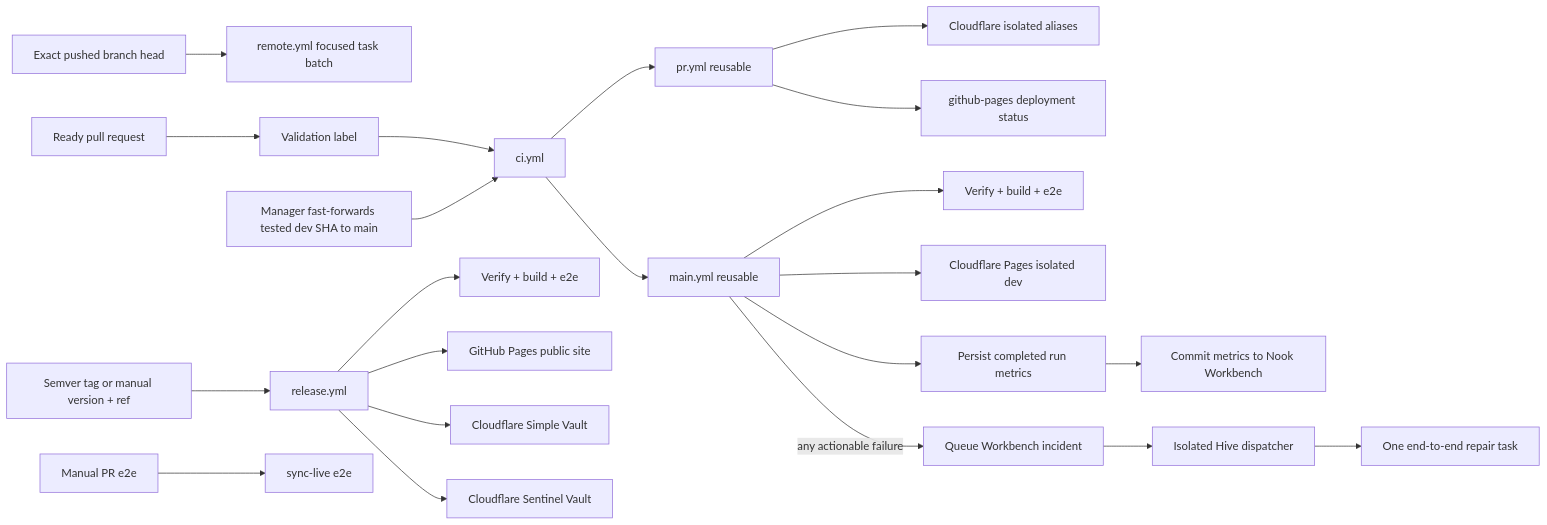
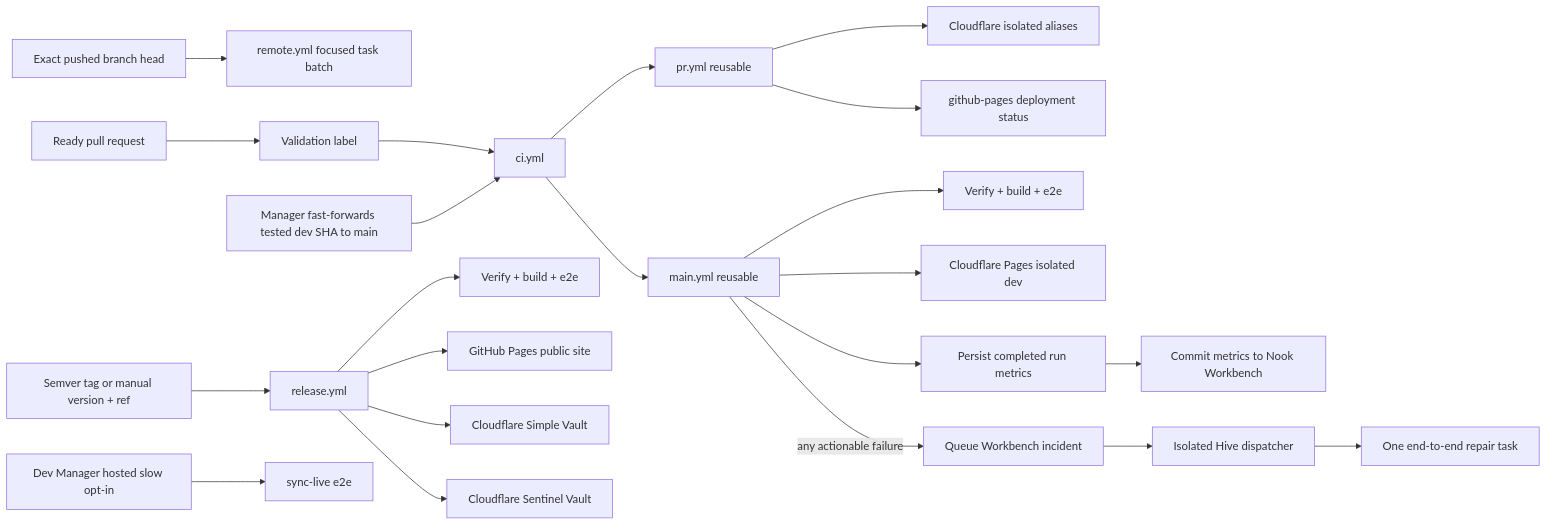
The diagram in .cortex/teams/sre/workflows/ci-pipeline.md (meta-secret/nook), drawn with Mermaid before and after one commit. The commit also changed other lines of this file, not shown here.

````diff
--- a/.cortex/teams/sre/workflows/ci-pipeline.md
+++ b/.cortex/teams/sre/workflows/ci-pipeline.md
@@ -257,28 +260,28 @@
 ```mermaid
 flowchart LR
   branch[Exact pushed branch head] --> remote_yml[remote.yml focused task batch]
   PR[Ready pull request] --> label[Validation label]
   label --> ci_yml[ci.yml]
   ci_yml --> pr_yml[pr.yml reusable]
   pr_yml --> preview[Cloudflare isolated aliases]
   pr_yml --> pr_deployment[github-pages deployment status]
 
   merge[Manager fast-forwards tested dev SHA to main] --> ci_yml
   ci_yml --> main_yml[main.yml reusable]
   main_yml --> main_verify[Verify + build + e2e]
   main_yml --> cf_dev[Cloudflare Pages isolated dev]
   main_yml --> main_stats[Persist completed run metrics]
   main_stats --> workbench_stats[Commit metrics to Nook Workbench]
   main_yml -->|any actionable failure| main_failure[Queue Workbench incident]
   main_failure --> hive_dispatcher[Isolated Hive dispatcher]
   hive_dispatcher --> hive_worker[One end-to-end repair task]
 
   release[Semver tag or manual version + ref] --> release_yml[release.yml]
   release_yml --> release_verify[Verify + build + e2e]
   release_yml --> pages[GitHub Pages public site]
   release_yml --> simple_cf[Cloudflare Simple Vault]
   release_yml --> sentinel_cf[Cloudflare Sentinel Vault]
 
-  manual_e2e[Manual PR e2e] --> e2e_live[sync-live e2e]
+  manager_live_opt_in[Dev Manager hosted slow opt-in] --> e2e_live[sync-live e2e]
 
 ```
````
